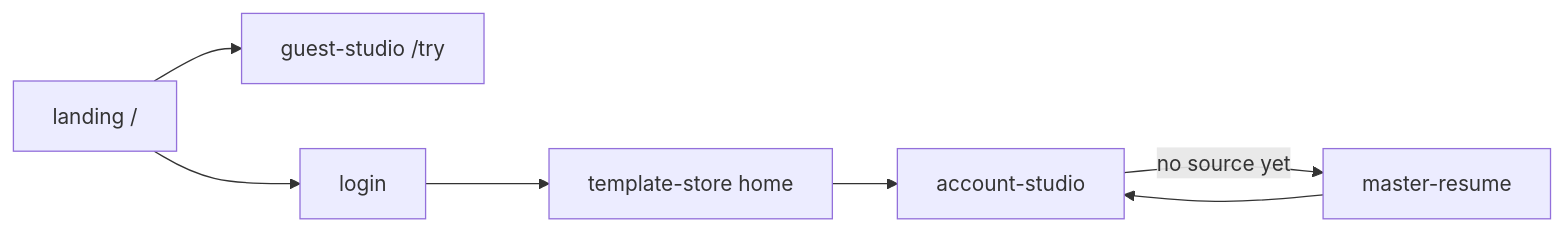
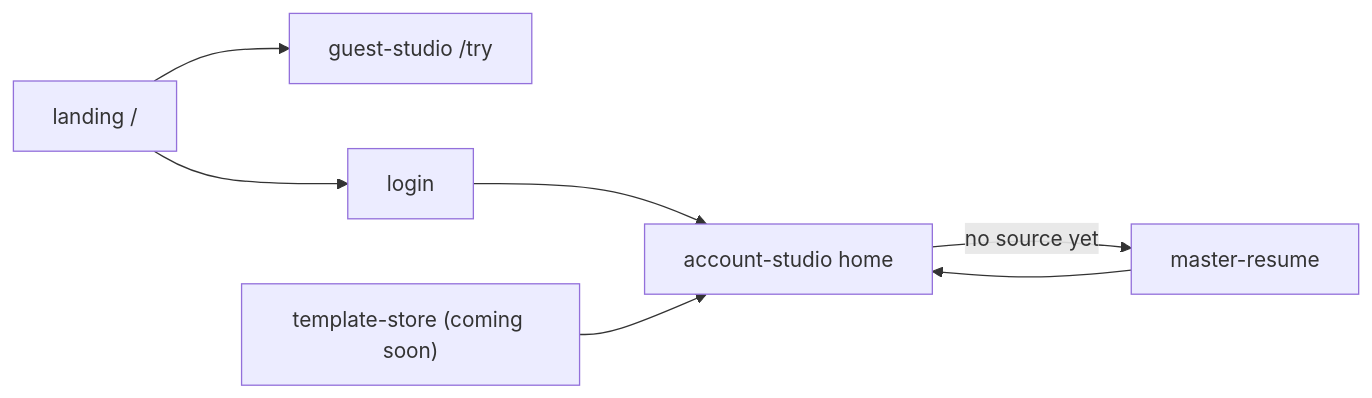
Before and after one commit to Richmano-stack/opti: the diagram in ai/project/product/PAGES.md, drawn with Mermaid. The commit also changed other lines of this file and 49 other files, not shown here.

````diff
--- a/ai/project/product/PAGES.md
+++ b/ai/project/product/PAGES.md
@@ -41,16 +41,16 @@
 ```mermaid
 flowchart LR
   landing["landing /"]
   tryPage["guest-studio /try"]
   login["login"]
-  store["template-store home"]
-  studio["account-studio"]
+  store["template-store (coming soon)"]
+  studio["account-studio home"]
   source["master-resume"]
 
   landing --> tryPage
   landing --> login
-  login --> store
+  login --> studio
   store --> studio
   studio -->|"no source yet"| source
   source --> studio
 ```
````
